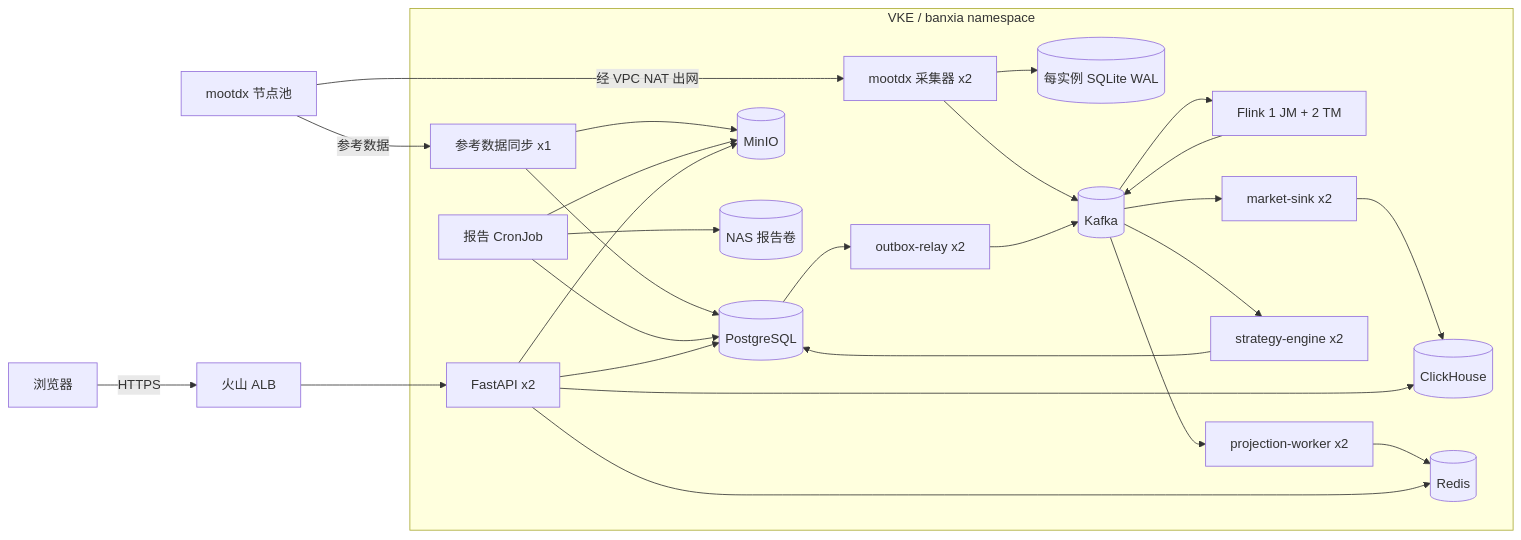
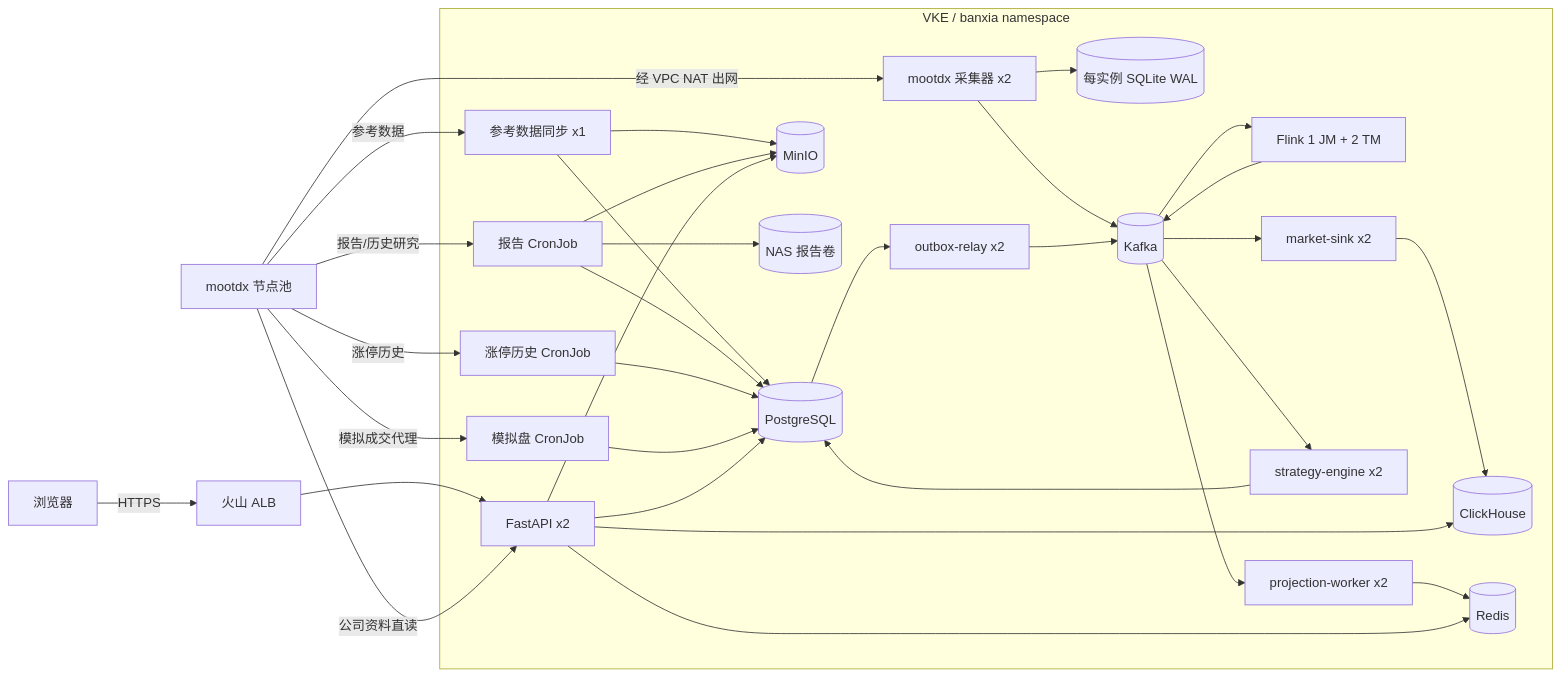
Before and after one commit to jelven007/test: the diagram in docs/13-current-production-solution.md, drawn with Mermaid. The commit also changed other lines of this file and 6 other files, not shown here.

Commit message:
docs(architecture): document data pipelines and mootdx capabilities

````diff
--- a/docs/13-current-production-solution.md
+++ b/docs/13-current-production-solution.md
@@ -21,48 +26,56 @@
 ```mermaid
 flowchart LR
     U[浏览器] -->|HTTPS| ALB[火山 ALB]
     ALB --> API[FastAPI x2]
 
     subgraph VKE[VKE / banxia namespace]
         MC[mootdx 采集器 x2]
         WAL[(每实例 SQLite WAL)]
         K[(Kafka)]
         FL[Flink 1 JM + 2 TM]
         MS[market-sink x2]
         SE[strategy-engine x2]
         OB[outbox-relay x2]
         PR[projection-worker x2]
         RS[参考数据同步 x1]
         CR[报告 CronJob]
+        LH[涨停历史 CronJob]
+        PT[模拟盘 CronJob]
         PG[(PostgreSQL)]
         CH[(ClickHouse)]
         RD[(Redis)]
         MI[(MinIO)]
         NAS[(NAS 报告卷)]
 
         MC --> WAL
         MC --> K
         K --> FL
         K --> MS
         K --> SE
         FL --> K
         MS --> CH
         SE --> PG
         PG --> OB
         OB --> K
         K --> PR
         PR --> RD
         RS --> PG
         RS --> MI
         CR --> PG
         CR --> MI
         CR --> NAS
+        LH --> PG
+        PT --> PG
         API --> PG
         API --> CH
         API --> RD
         API --> MI
     end
 
     TDX[mootdx 节点池] -->|经 VPC NAT 出网| MC
     TDX -->|参考数据| RS
+    TDX -->|报告/历史研究| CR
+    TDX -->|涨停历史| LH
+    TDX -->|模拟成交代理| PT
+    TDX -->|公司资料直读| API
 ```
````
